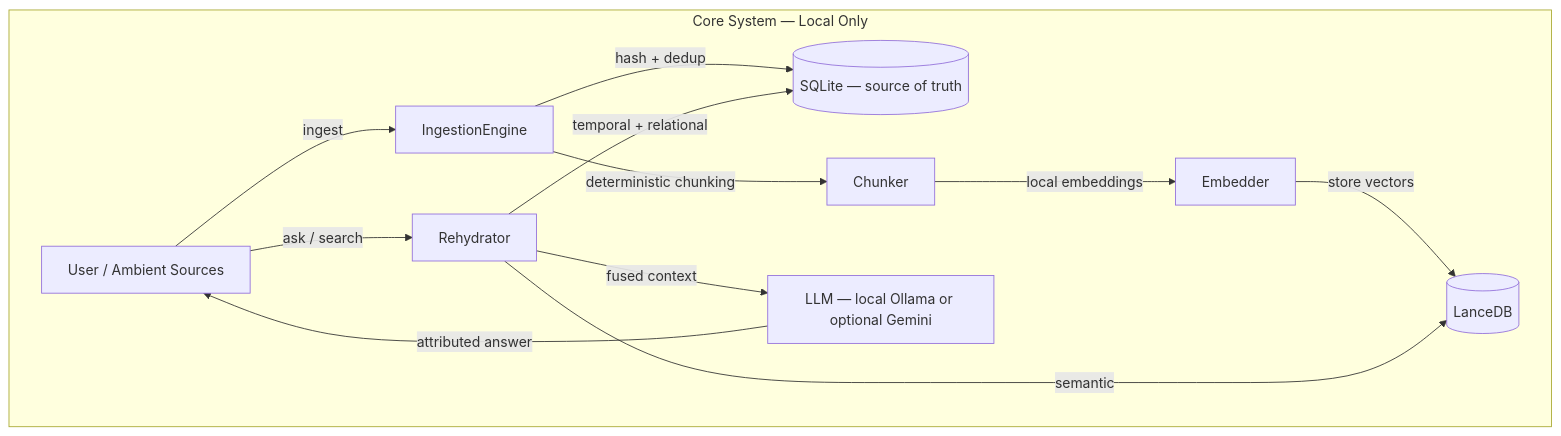
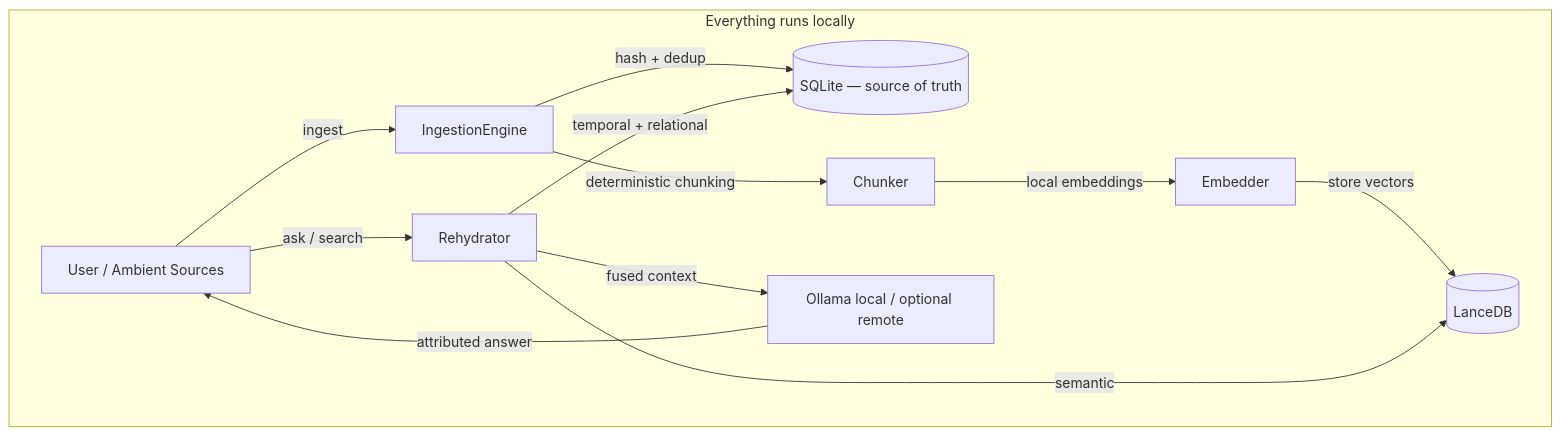
Before and after one commit to maddymaster/UPII: the diagram in README.md, drawn with Mermaid. The commit also changed other lines of this file and 25 other files, not shown here.

````diff
--- a/README.md
+++ b/README.md
@@ -87,17 +79,17 @@
 ```mermaid
 graph TD
     User[User / Ambient Sources] -->|ingest| IngestionEngine
     User -->|ask / search| Rehydrator
 
-    subgraph "Core System — Local Only"
+    subgraph "Everything runs locally"
         IngestionEngine -->|hash + dedup| MetadataStore[(SQLite — source of truth)]
         IngestionEngine -->|deterministic chunking| Chunker
         Chunker -->|local embeddings| Embedder
         Embedder -->|store vectors| VectorStore[(LanceDB)]
 
         Rehydrator -->|semantic| VectorStore
         Rehydrator -->|temporal + relational| MetadataStore
-        Rehydrator -->|fused context| LLM[LLM — local Ollama or optional Gemini]
+        Rehydrator -->|fused context| LLM[Ollama local / optional remote]
         LLM -->|attributed answer| User
     end
 ```
````
